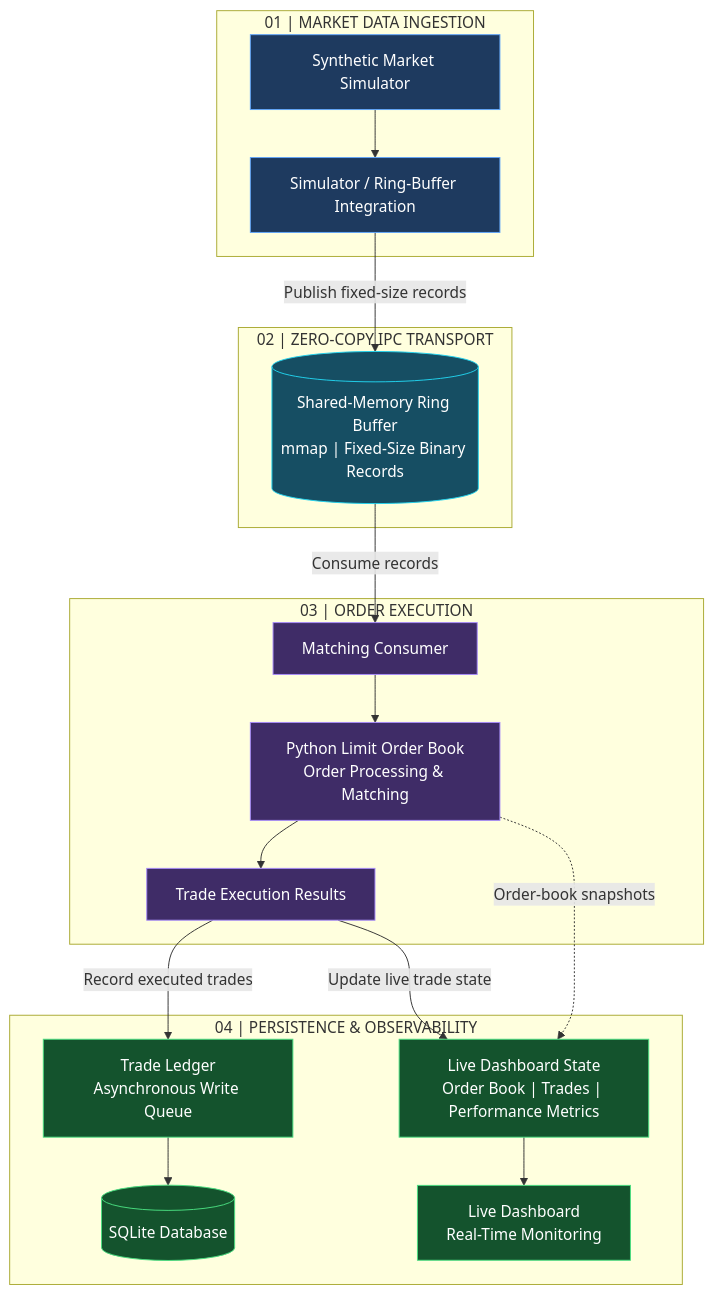
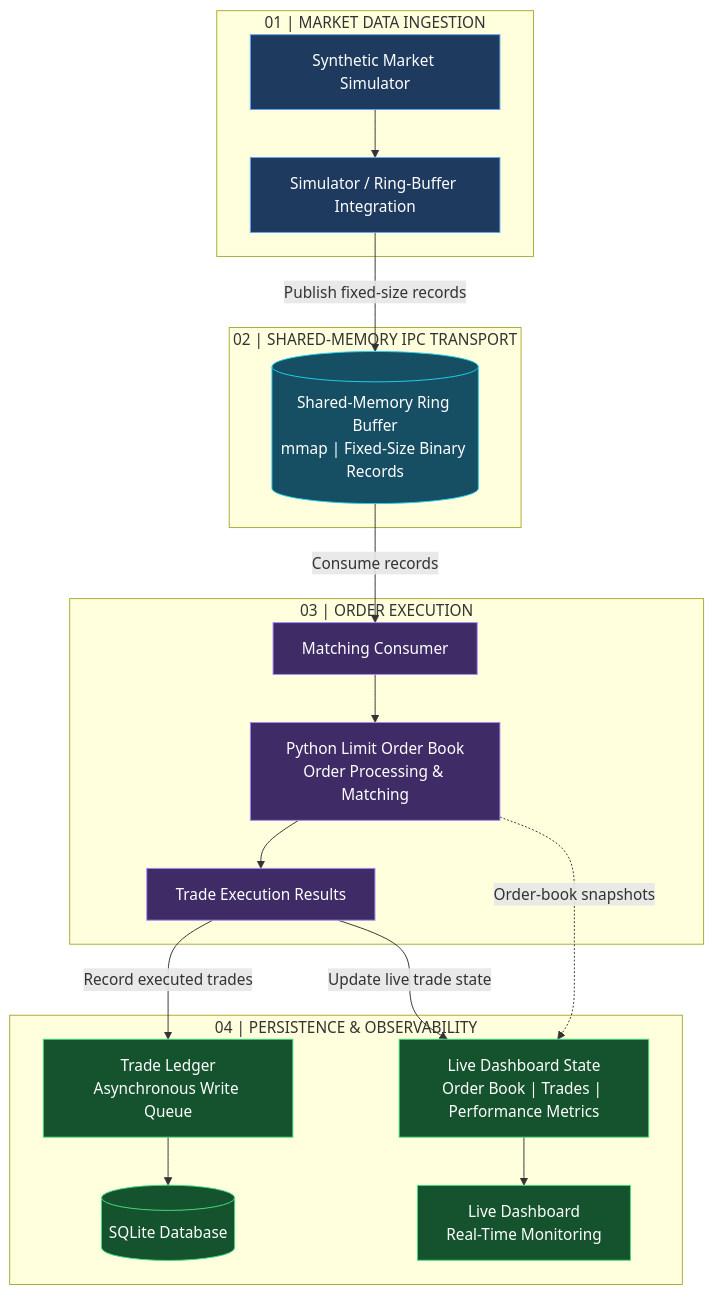
Before and after one commit to singhsuraj66188-web/ChronosMatch: the diagram in README.md, drawn with Mermaid. The commit also changed other lines of this file, not shown here.

Commit message:
docs: clarify shared-memory architecture terminology

````diff
--- a/README.md
+++ b/README.md
@@ -26,46 +26,46 @@
 ```mermaid
 flowchart TB
     subgraph INGESTION["01 | MARKET DATA INGESTION"]
         SIM["Synthetic Market Simulator"]
         ADAPTER["Simulator / Ring-Buffer Integration"]
         SIM --> ADAPTER
     end
 
-    subgraph TRANSPORT["02 | ZERO-COPY IPC TRANSPORT"]
+    subgraph TRANSPORT["02 | SHARED-MEMORY IPC TRANSPORT"]
         RB[("Shared-Memory Ring Buffer<br/>mmap | Fixed-Size Binary Records")]
     end
 
     subgraph EXECUTION["03 | ORDER EXECUTION"]
         CONSUMER["Matching Consumer"]
         LOB["Python Limit Order Book<br/>Order Processing & Matching"]
         RESULTS["Trade Execution Results"]
         CONSUMER --> LOB
         LOB --> RESULTS
     end
 
     subgraph OBSERVABILITY["04 | PERSISTENCE & OBSERVABILITY"]
         LEDGER["Trade Ledger<br/>Asynchronous Write Queue"]
         DB[("SQLite Database")]
         STATE["Live Dashboard State<br/>Order Book | Trades | Performance Metrics"]
         DASH["Live Dashboard<br/>Real-Time Monitoring"]
 
         LEDGER --> DB
         STATE --> DASH
     end
 
     ADAPTER -->|"Publish fixed-size records"| RB
     RB -->|"Consume records"| CONSUMER
     RESULTS -->|"Record executed trades"| LEDGER
     RESULTS -->|"Update live trade state"| STATE
     LOB -.->|"Order-book snapshots"| STATE
 
     classDef ingestion fill:#1e3a5f,stroke:#60a5fa,color:#ffffff
     classDef transport fill:#164e63,stroke:#22d3ee,color:#ffffff
     classDef execution fill:#3f2c67,stroke:#a78bfa,color:#ffffff
     classDef observability fill:#14532d,stroke:#4ade80,color:#ffffff
 
     class SIM,ADAPTER ingestion
     class RB transport
     class CONSUMER,LOB,RESULTS execution
     class LEDGER,DB,STATE,DASH observability
 ```
````
